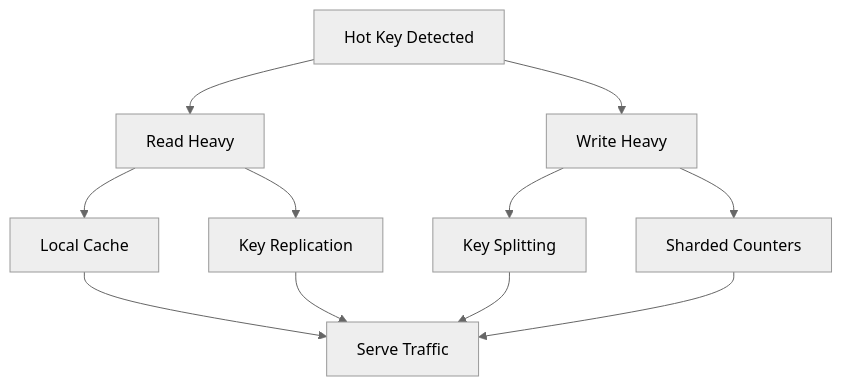
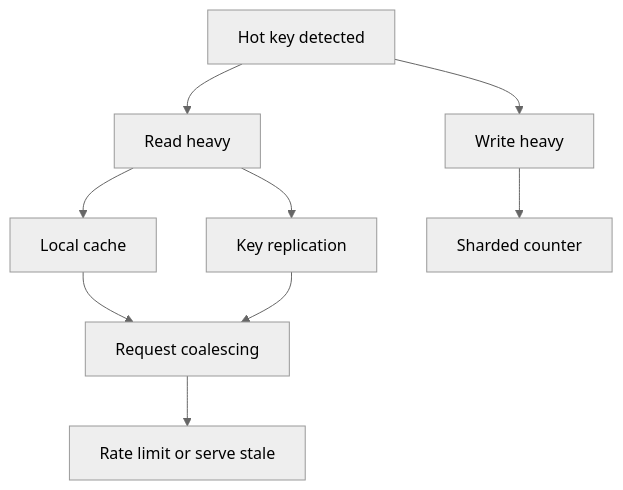
Before and after one commit to mthaiseer/springcloud-systemdesign-notes: the fifth of 16 diagrams in HLD_NOTES/002_TYPES_OF_INTERVIEWS/000_All_types_quick_reference.md, drawn with Mermaid (neutral theme). The commit also changed other lines of this file and 1 other file, not shown here.

````diff
--- a/HLD_NOTES/002_TYPES_OF_INTERVIEWS/000_All_types_quick_reference.md
+++ b/HLD_NOTES/002_TYPES_OF_INTERVIEWS/000_All_types_quick_reference.md
@@ -363,13 +625,19 @@
 ```mermaid
 flowchart TD
-  A[Hot Key Detected] --> B[Read Heavy]
-  A --> C[Write Heavy]
-  B --> D[Local Cache]
-  B --> E[Key Replication]
-  C --> F[Key Splitting]
-  C --> G[Sharded Counters]
-  D --> H[Serve Traffic]
-  E --> H
-  F --> H
+  A[Hot key detected]
+  B[Read heavy]
+  C[Write heavy]
+  D[Local cache]
+  E[Key replication]
+  F[Sharded counter]
+  G[Request coalescing]
+  H[Rate limit or serve stale]
+  A --> B
+  A --> C
+  B --> D
+  B --> E
+  C --> F
+  D --> G
+  E --> G
   G --> H
 ```
````
